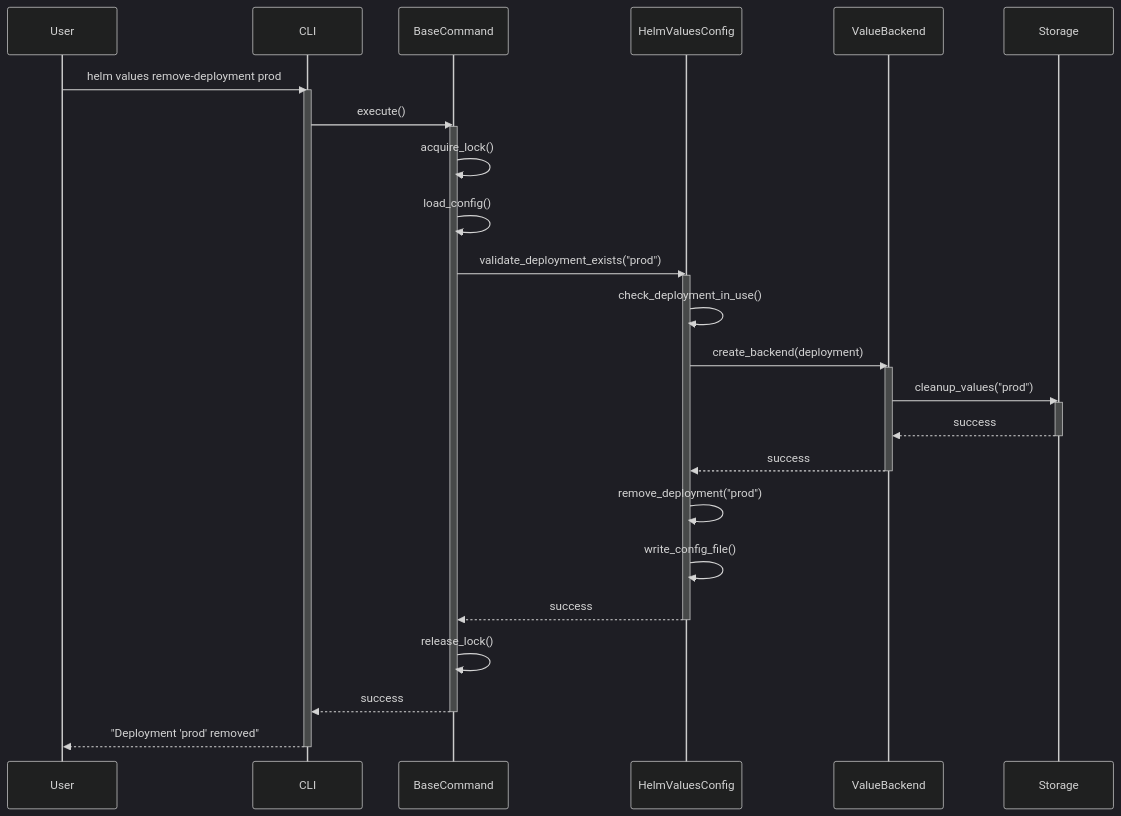
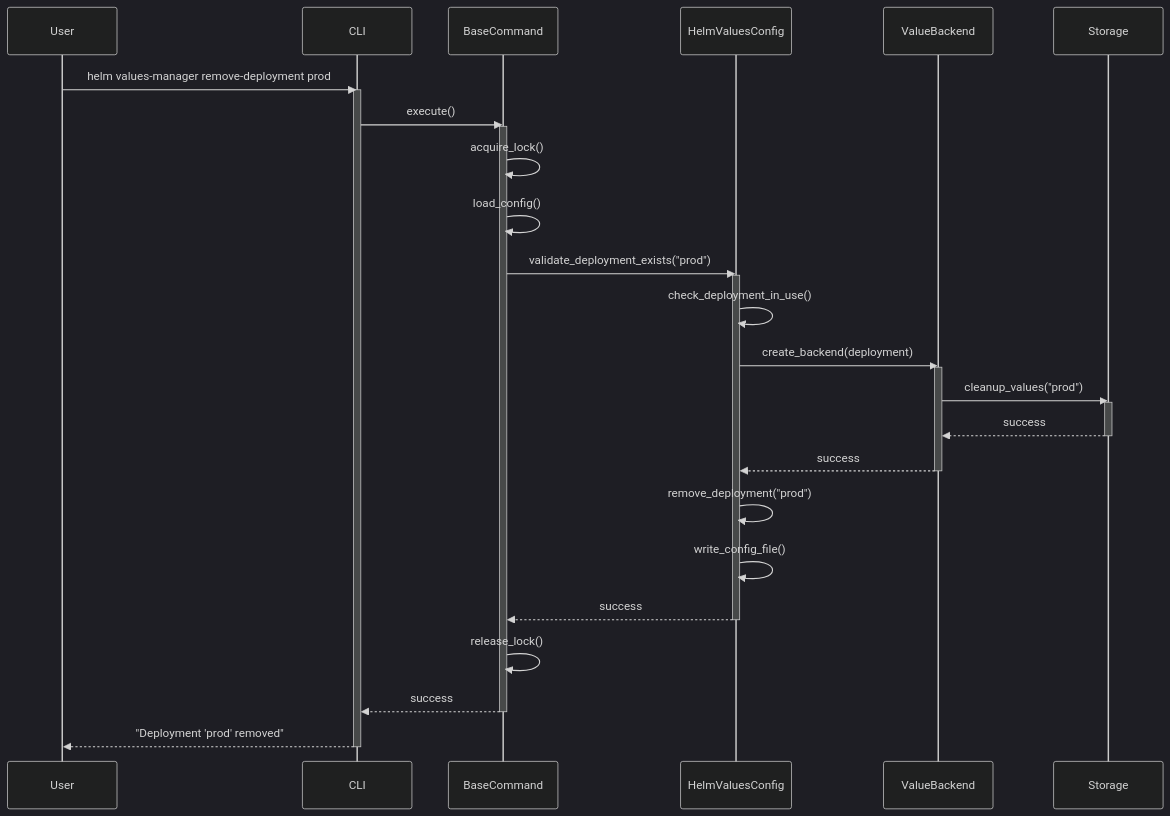
One commit to Zipstack/helm-values-manager changed diagram 12 of 14 in docs/Design/sequence-diagrams.md. Above: the diagram before and after it, drawn with Mermaid (dark theme). The commit also changed other lines of this file, not shown here.

First line of the commit message:
docs: update sequence diagrams with correct command flags

````diff
--- a/docs/Design/sequence-diagrams.md
+++ b/docs/Design/sequence-diagrams.md
@@ -520,46 +520,46 @@
 ```mermaid
 sequenceDiagram
     participant User
     participant CLI
     participant BaseCommand
     participant HelmValuesConfig
     participant ValueBackend
     participant Storage
 
-    User->>CLI: helm values remove-deployment prod
+    User->>CLI: helm values-manager remove-deployment prod
     activate CLI
 
     CLI->>BaseCommand: execute()
     activate BaseCommand
 
     BaseCommand->>BaseCommand: acquire_lock()
     BaseCommand->>BaseCommand: load_config()
     BaseCommand->>HelmValuesConfig: validate_deployment_exists("prod")
     activate HelmValuesConfig
 
     HelmValuesConfig->>HelmValuesConfig: check_deployment_in_use()
 
     HelmValuesConfig->>ValueBackend: create_backend(deployment)
     activate ValueBackend
 
     ValueBackend->>Storage: cleanup_values("prod")
     activate Storage
     Storage-->>ValueBackend: success
     deactivate Storage
 
     ValueBackend-->>HelmValuesConfig: success
     deactivate ValueBackend
 
     HelmValuesConfig->>HelmValuesConfig: remove_deployment("prod")
     HelmValuesConfig->>HelmValuesConfig: write_config_file()
 
     HelmValuesConfig-->>BaseCommand: success
     deactivate HelmValuesConfig
 
     BaseCommand->>BaseCommand: release_lock()
     BaseCommand-->>CLI: success
     deactivate BaseCommand
 
     CLI-->>User: "Deployment 'prod' removed"
     deactivate CLI
 ```
````
